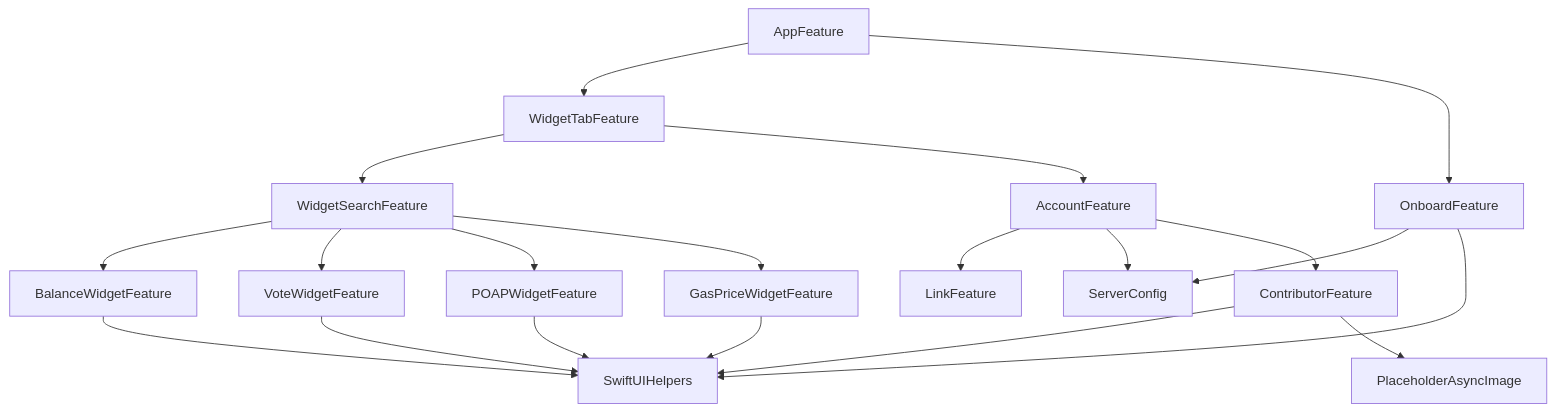
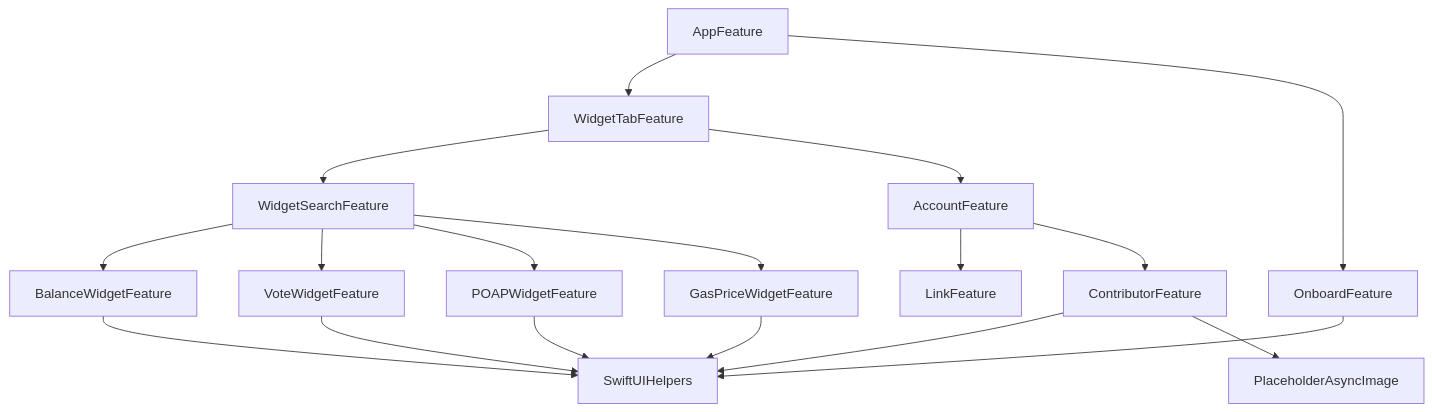
Before and after one commit to caaaption/caaaption: the diagram in Packages/FeaturePackage/README.md, drawn with Mermaid. The commit also changed 1 other file, not shown here.

Commit message:
Run dgraph (#324)

````diff
--- a/Packages/FeaturePackage/README.md
+++ b/Packages/FeaturePackage/README.md
@@ -3,22 +3,20 @@
 ```mermaid
 graph TD;
     AppFeature-->WidgetTabFeature;
     AppFeature-->OnboardFeature;
     WidgetSearchFeature-->BalanceWidgetFeature;
     WidgetSearchFeature-->VoteWidgetFeature;
     WidgetSearchFeature-->POAPWidgetFeature;
     WidgetSearchFeature-->GasPriceWidgetFeature;
     AccountFeature-->LinkFeature;
-    AccountFeature-->ServerConfig;
     AccountFeature-->ContributorFeature;
     ContributorFeature-->SwiftUIHelpers;
     ContributorFeature-->PlaceholderAsyncImage;
     BalanceWidgetFeature-->SwiftUIHelpers;
     VoteWidgetFeature-->SwiftUIHelpers;
-    OnboardFeature-->ServerConfig;
     OnboardFeature-->SwiftUIHelpers;
     POAPWidgetFeature-->SwiftUIHelpers;
     GasPriceWidgetFeature-->SwiftUIHelpers;
     WidgetTabFeature-->WidgetSearchFeature;
     WidgetTabFeature-->AccountFeature;
 ```
````
